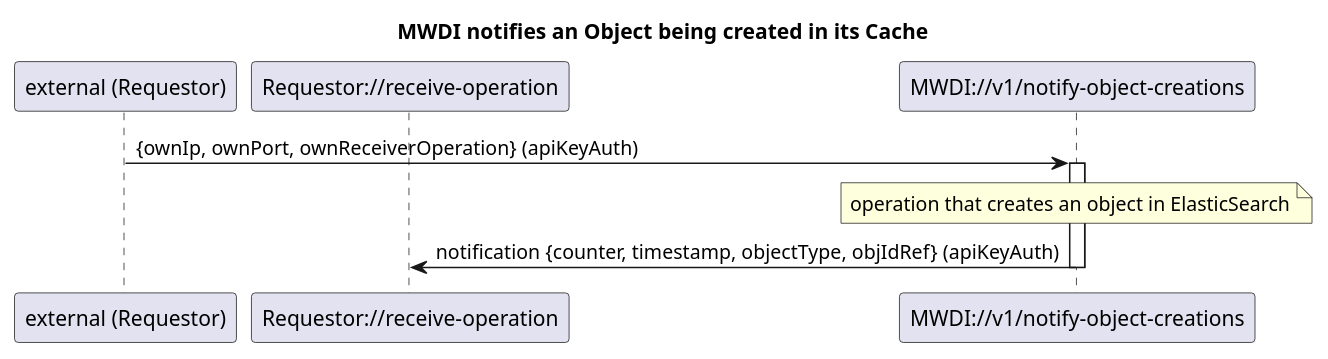
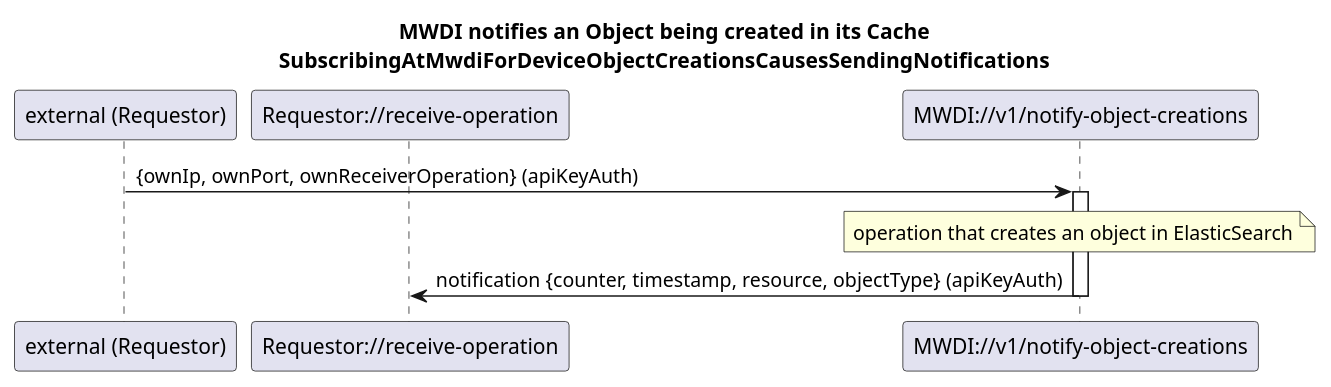
Before and after one commit to openBackhaul/MicroWaveDeviceInventory: the diagram in spec/diagrams/121_MwdiNotifiesObjectCreation.plantuml, drawn with PlantUML. The commit also changed 20 other files, not shown here.

Commit message:
Review diagrams, services, forwardings, oas

```diff
--- a/spec/diagrams/121_MwdiNotifiesObjectCreation.plantuml
+++ b/spec/diagrams/121_MwdiNotifiesObjectCreation.plantuml
@@ -1,18 +1,21 @@
 @startuml 121_MwdiNotifiesObjectCreation
 skinparam responseMessageBelowArrow true
 
-title MWDI notifies an Object being created in its Cache
+title 
+MWDI notifies an Object being created in its Cache
+SubscribingAtMwdiForDeviceObjectCreationsCausesSendingNotifications
+end title
 
 participant "external (Requestor)" as external
 participant "Requestor://receive-operation" as receiverOperation
 participant "MWDI://v1/notify-object-creations" as notifyObjectCreation
 
 external -> notifyObjectCreation: {ownIp, ownPort, ownReceiverOperation} (apiKeyAuth)
 activate notifyObjectCreation
 
 note over notifyObjectCreation: operation that creates an object in ElasticSearch
 
-notifyObjectCreation -> receiverOperation: notification {counter, timestamp, objectType, objIdRef} (apiKeyAuth)
+notifyObjectCreation -> receiverOperation: notification {counter, timestamp, resource, objectType} (apiKeyAuth)
 deactivate notifyObjectCreation
 
 @enduml
```
